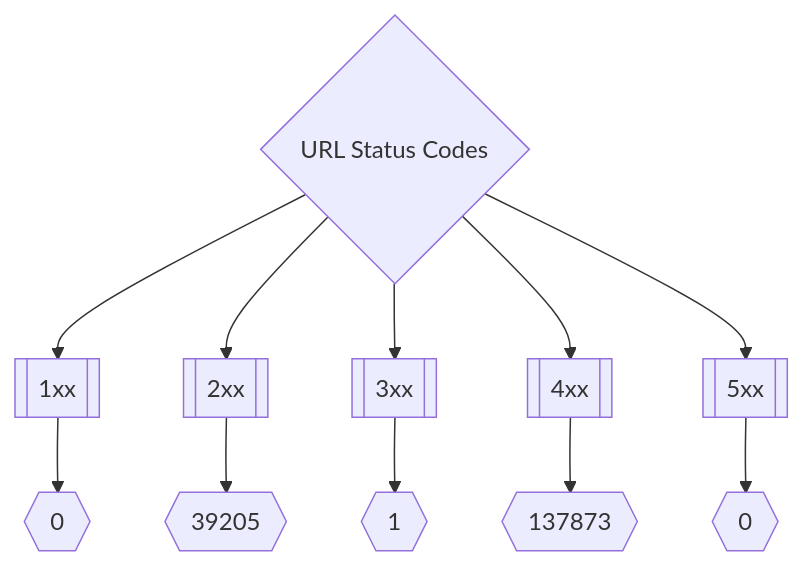
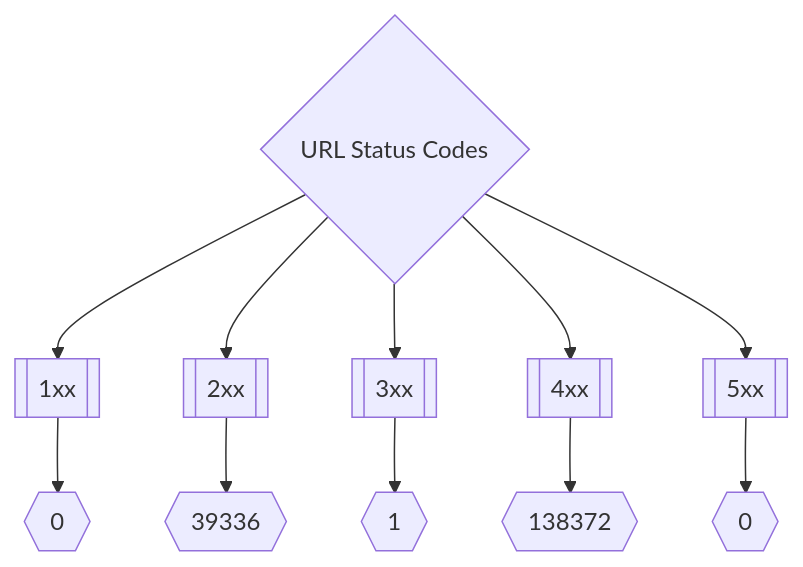
Before and after one commit to trickest/inventory: the second of 3 diagrams in README.md, drawn with Mermaid. The commit also changed other lines of this file and 224 other files, not shown here.

````diff
--- a/README.md
+++ b/README.md
@@ -173,8 +173,8 @@
 ```mermaid
 graph TD
 title{URL Status Codes} --> 1xx[[1xx]] --> status1xxNum{{0}}
-title --> 2xx[[2xx]] --> status2xxNum{{39205}}
+title --> 2xx[[2xx]] --> status2xxNum{{39336}}
 title --> 3xx[[3xx]] --> status3xxNum{{1}}
-title --> 4xx[[4xx]] --> status4xxNum{{137873}}
+title --> 4xx[[4xx]] --> status4xxNum{{138372}}
 title --> 5xx[[5xx]] --> status5xxNum{{0}}
 ```
````
